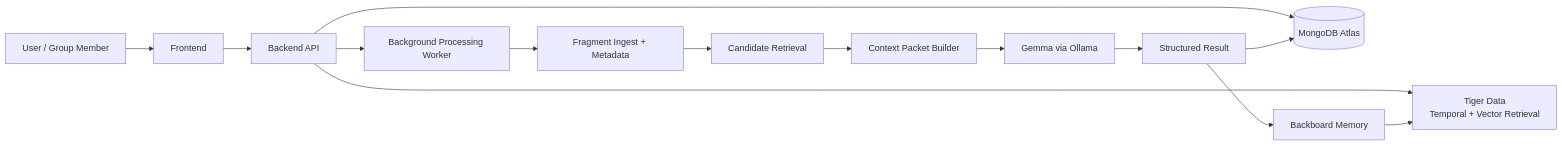
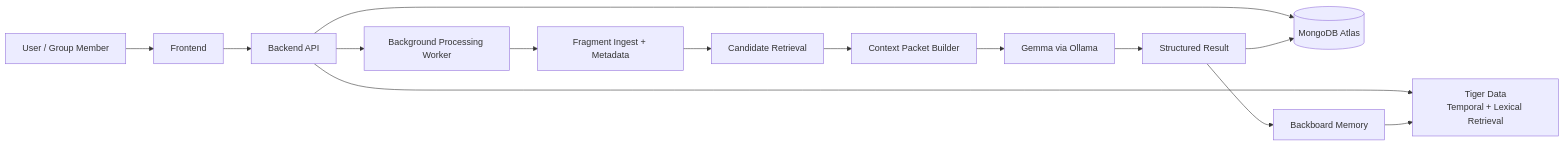
One commit to srikar-naidu/BetweenUS changed the diagram in ARCHITECTURE.md. Above: the diagram before and after it, drawn with Mermaid. The commit also changed other lines of this file and 25 other files, not shown here.

````diff
--- a/ARCHITECTURE.md
+++ b/ARCHITECTURE.md
@@ -11,16 +11,16 @@
 ```mermaid
 flowchart LR
     U[User / Group Member] --> FE[Frontend]
     FE --> API[Backend API]
     API --> DB[(MongoDB Atlas)]
-    API --> RETR[Tiger Data\nTemporal + Vector Retrieval]
+    API --> RETR[Tiger Data\nTemporal + Lexical Retrieval]
     API --> WORKER[Background Processing Worker]
     WORKER --> INGEST[Fragment Ingest + Metadata]
     INGEST --> CAND[Candidate Retrieval]
     CAND --> PACK[Context Packet Builder]
     PACK --> GEMMA[Gemma via Ollama]
     GEMMA --> OUT[Structured Result]
     OUT --> DB
     OUT --> MEM[Backboard Memory]
     MEM --> RETR
 ```
````
